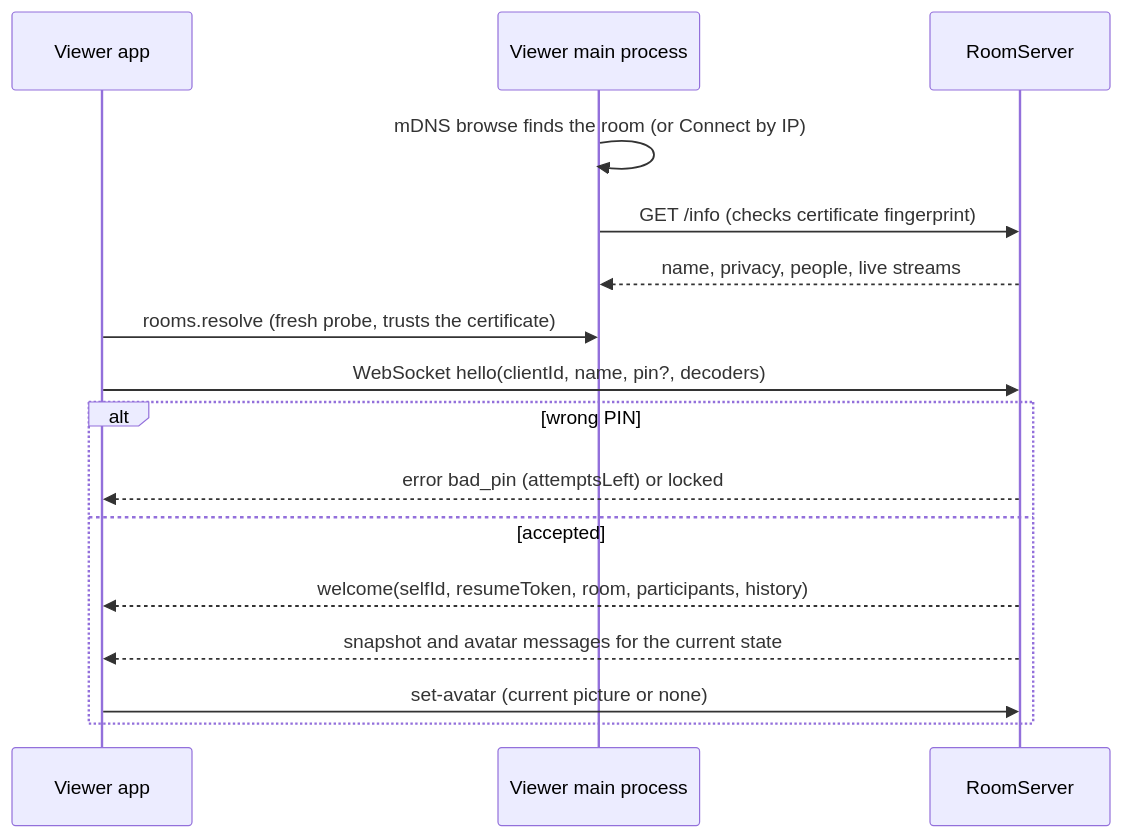
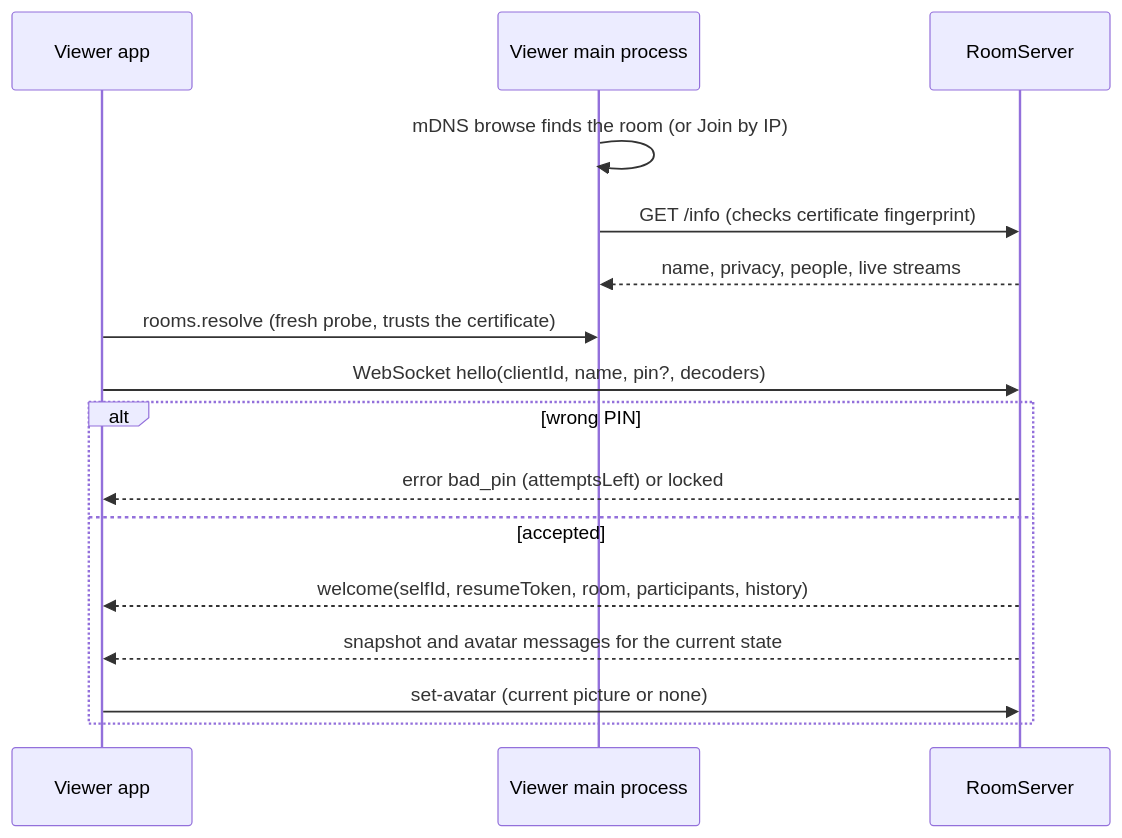
Before and after one commit to nsfxu/lan-screenshare: the seventh of 8 diagrams in docs/en-US/architecture.md, drawn with Mermaid. The commit also changed other lines of this file and 17 other files, not shown here.

````diff
--- a/docs/en-US/architecture.md
+++ b/docs/en-US/architecture.md
@@ -307,18 +307,18 @@
 ```mermaid
 sequenceDiagram
   participant V as Viewer app
   participant M as Viewer main process
   participant S as RoomServer
-  M->>M: mDNS browse finds the room (or Connect by IP)
+  M->>M: mDNS browse finds the room (or Join by IP)
   M->>S: GET /info (checks certificate fingerprint)
   S-->>M: name, privacy, people, live streams
   V->>M: rooms.resolve (fresh probe, trusts the certificate)
   V->>S: WebSocket hello(clientId, name, pin?, decoders)
   alt wrong PIN
     S-->>V: error bad_pin (attemptsLeft) or locked
   else accepted
     S-->>V: welcome(selfId, resumeToken, room, participants, history)
     S-->>V: snapshot and avatar messages for the current state
     V->>S: set-avatar (current picture or none)
   end
 ```
````
